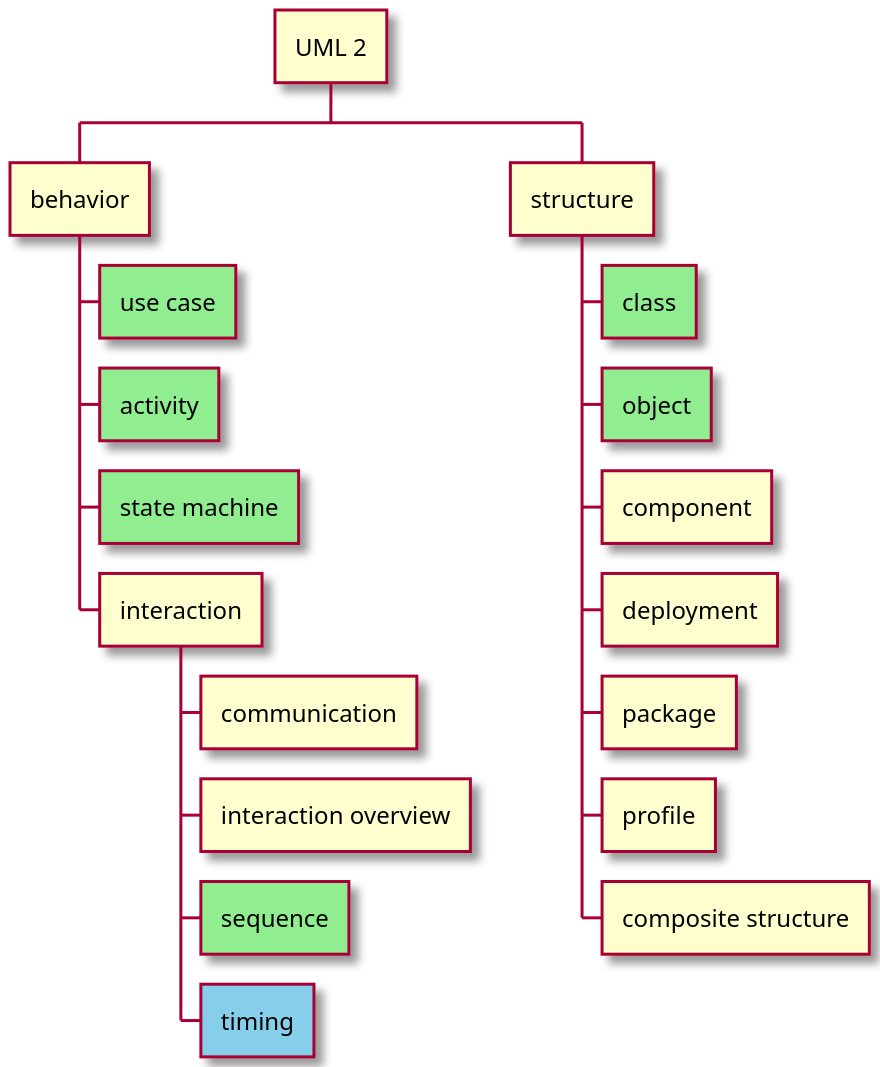
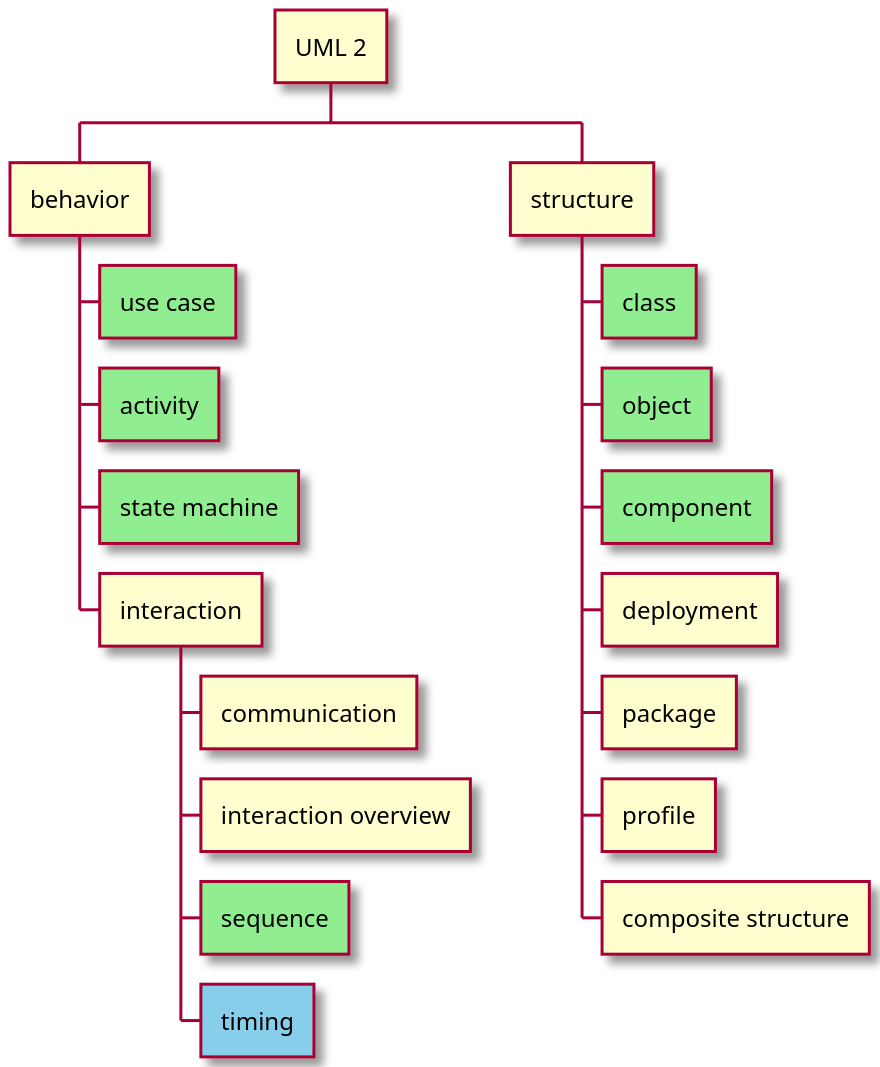
The diagram in lectures/figures/uml/diagrams.puml (pintergreg/software-engineering), drawn with PlantUML before and after one commit. The commit also changed 1 other file, not shown here.

Commit message:
Make component green #4

```diff
--- a/lectures/figures/uml/diagrams.puml
+++ b/lectures/figures/uml/diagrams.puml
@@ -1,24 +1,24 @@
 @startwbs
 scale 2
 skin rose
 
 + UML 2
 ++ behavior
 +++[#LightGreen] use case
 +++[#LightGreen] activity
 +++[#LightGreen] state machine
 +++ interaction
 ++++ communication
 ++++ interaction overview
 ++++[#LightGreen] sequence
 ++++[#SkyBlue] timing
 ++ structure
 +++[#LightGreen] class
 +++[#LightGreen] object
-+++ component
++++[#LightGreen] component
 +++ deployment
 +++ package
 +++ profile
 +++ composite structure
 
 @endwbs
```
